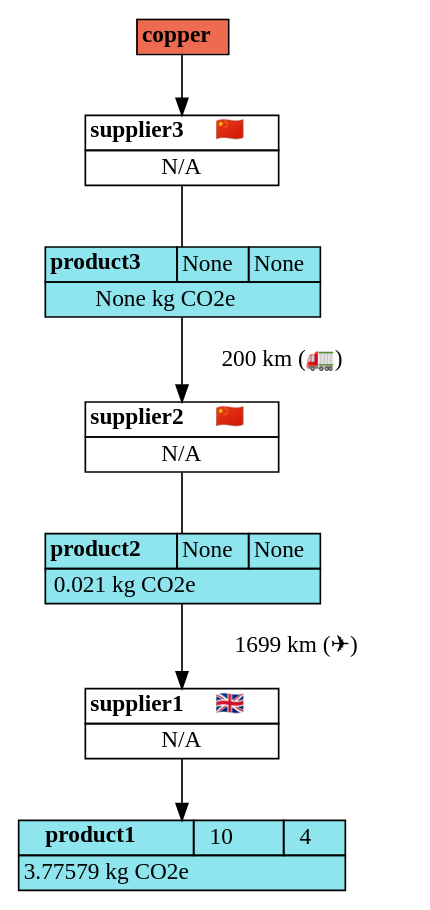
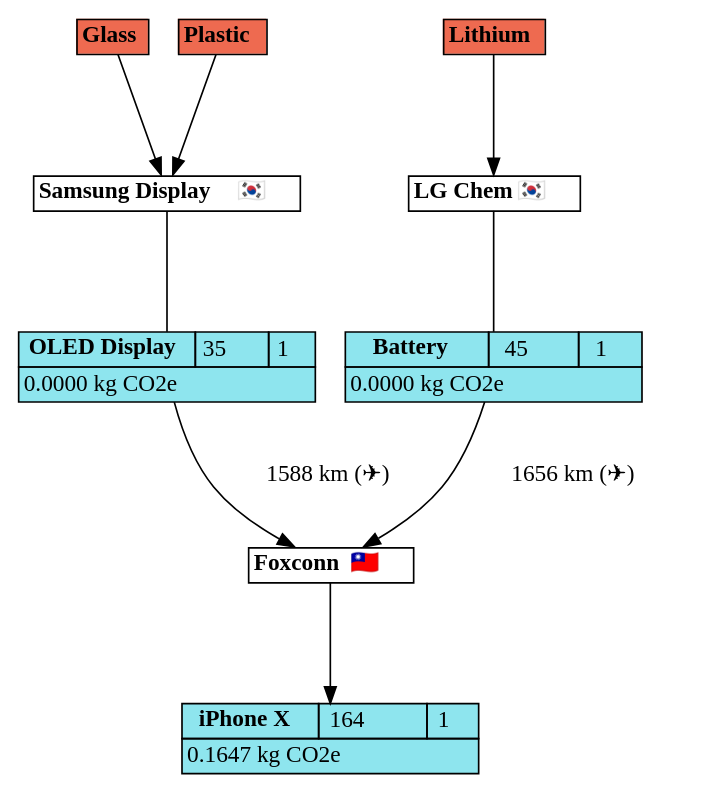
One commit to TobyThomson/supply-chain-generator changed the diagram in supply-chain-diagram.gv. Above: the diagram before and after it, drawn with Graphviz. The commit also changed 3 other files, not shown here.

```diff
--- a/supply-chain-diagram.gv
+++ b/supply-chain-diagram.gv
@@ -1,110 +1,124 @@
 digraph "supply-chain-diagram" {
 	node [shape=plain]
-	copper [label=<<TABLE
+	graph [ranksep=1]
+	graph [splines=true]
+	Foxconn [label=<<TABLE
+    ALIGN="CENTER"
+    BORDER="0"
+    CELLBORDER="1"
+    CELLSPACING="0"
+    BGCOLOR="white">
+
+    <TR>
+        <TD><B>Foxconn</B> 🇹🇼</TD>
+    </TR>
+</TABLE>> fontname="Segoe UI Emoji"]
+	"Samsung Display" [label=<<TABLE
+    ALIGN="CENTER"
+    BORDER="0"
+    CELLBORDER="1"
+    CELLSPACING="0"
+    BGCOLOR="white">
+
+    <TR>
+        <TD><B>Samsung Display</B> 🇰🇷</TD>
+    </TR>
+</TABLE>> fontname="Segoe UI Emoji"]
+	Glass [label=<<TABLE
     ALIGN="CENTER"
     BORDER="0"
     CELLBORDER="1"
     CELLSPACING="0"
     BGCOLOR="coral2">
 
     <TR>
-        <TD><B>copper</B></TD>
+        <TD><B>Glass</B></TD>
     </TR>
 </TABLE>> fontname="Segoe UI Emoji"]
-	supplier3 [label=<<TABLE
+	Glass -> "Samsung Display" [fontname="Segoe UI Emoji"]
+	Plastic [label=<<TABLE
+    ALIGN="CENTER"
+    BORDER="0"
+    CELLBORDER="1"
+    CELLSPACING="0"
+    BGCOLOR="coral2">
+
+    <TR>
+        <TD><B>Plastic</B></TD>
+    </TR>
+</TABLE>> fontname="Segoe UI Emoji"]
+	Plastic -> "Samsung Display" [fontname="Segoe UI Emoji"]
+	"OLED Display" [label=<<TABLE
+    ALIGN="CENTER"
+    BORDER="0"
+    CELLBORDER="1"
+    CELLSPACING="0"
+    BGCOLOR="cadetblue2">
+
+    <TR>
+        <TD><B>OLED Display</B></TD> <TD>35</TD> <TD>1</TD>
+    </TR>
+
+    <TR>
+        <TD COLSPAN="3">0.0000 kg CO2e</TD>
+    </TR>
+</TABLE>> fontname="Segoe UI Emoji"]
+	"Samsung Display" -> "OLED Display" [arrowhead=none]
+	"OLED Display" -> Foxconn [label="1588 km (✈)" fontname="Segoe UI Emoji"]
+	"LG Chem" [label=<<TABLE
     ALIGN="CENTER"
     BORDER="0"
     CELLBORDER="1"
     CELLSPACING="0"
     BGCOLOR="white">
 
     <TR>
-        <TD><B>supplier3</B> 🇨🇳</TD>
+        <TD><B>LG Chem</B> 🇰🇷</TD>
     </TR>
+</TABLE>> fontname="Segoe UI Emoji"]
+	Lithium [label=<<TABLE
+    ALIGN="CENTER"
+    BORDER="0"
+    CELLBORDER="1"
+    CELLSPACING="0"
+    BGCOLOR="coral2">
 
     <TR>
-        <TD>N/A</TD>
+        <TD><B>Lithium</B></TD>
     </TR>
 </TABLE>> fontname="Segoe UI Emoji"]
-	copper -> supplier3 [fontname="Segoe UI Emoji"]
-	product3 [label=<<TABLE
+	Lithium -> "LG Chem" [fontname="Segoe UI Emoji"]
+	Battery [label=<<TABLE
     ALIGN="CENTER"
     BORDER="0"
     CELLBORDER="1"
     CELLSPACING="0"
     BGCOLOR="cadetblue2">
 
     <TR>
-        <TD><B>product3</B></TD> <TD>None</TD> <TD>None</TD>
+        <TD><B>Battery</B></TD> <TD>45</TD> <TD>1</TD>
     </TR>
 
     <TR>
-        <TD COLSPAN="3">None kg CO2e</TD>
+        <TD COLSPAN="3">0.0000 kg CO2e</TD>
     </TR>
 </TABLE>> fontname="Segoe UI Emoji"]
-	supplier3 -> product3 [arrowhead=none]
-	supplier2 [label=<<TABLE
-    ALIGN="CENTER"
-    BORDER="0"
-    CELLBORDER="1"
-    CELLSPACING="0"
-    BGCOLOR="white">
-
-    <TR>
-        <TD><B>supplier2</B> 🇨🇳</TD>
-    </TR>
-
-    <TR>
-        <TD>N/A</TD>
-    </TR>
-</TABLE>> fontname="Segoe UI Emoji"]
-	product3 -> supplier2 [label="200 km (🚛)" fontname="Segoe UI Emoji"]
-	product2 [label=<<TABLE
+	"LG Chem" -> Battery [arrowhead=none]
+	Battery -> Foxconn [label="1656 km (✈)" fontname="Segoe UI Emoji"]
+	"iPhone X" [label=<<TABLE
     ALIGN="CENTER"
     BORDER="0"
     CELLBORDER="1"
     CELLSPACING="0"
     BGCOLOR="cadetblue2">
 
     <TR>
-        <TD><B>product2</B></TD> <TD>None</TD> <TD>None</TD>
+        <TD><B>iPhone X</B></TD> <TD>164</TD> <TD>1</TD>
     </TR>
 
     <TR>
-        <TD COLSPAN="3">0.021 kg CO2e</TD>
+        <TD COLSPAN="3">0.1647 kg CO2e</TD>
     </TR>
 </TABLE>> fontname="Segoe UI Emoji"]
-	supplier2 -> product2 [arrowhead=none]
-	supplier1 [label=<<TABLE
-    ALIGN="CENTER"
-    BORDER="0"
-    CELLBORDER="1"
-    CELLSPACING="0"
-    BGCOLOR="white">
-
-    <TR>
-        <TD><B>supplier1</B> 🇬🇧</TD>
-    </TR>
-
-    <TR>
-        <TD>N/A</TD>
-    </TR>
-</TABLE>> fontname="Segoe UI Emoji"]
-	product2 -> supplier1 [label="1699 km (✈)" fontname="Segoe UI Emoji"]
-	product1 [label=<<TABLE
-    ALIGN="CENTER"
-    BORDER="0"
-    CELLBORDER="1"
-    CELLSPACING="0"
-    BGCOLOR="cadetblue2">
-
-    <TR>
-        <TD><B>product1</B></TD> <TD>10</TD> <TD>4</TD>
-    </TR>
-
-    <TR>
-        <TD COLSPAN="3">3.77579 kg CO2e</TD>
-    </TR>
-</TABLE>> fontname="Segoe UI Emoji"]
-	supplier1 -> product1 [arrowhead=normal]
+	Foxconn -> "iPhone X" [arrowhead=normal]
 }
```
